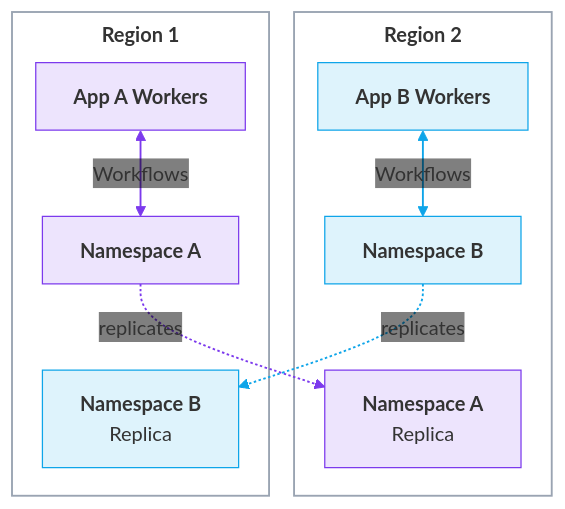
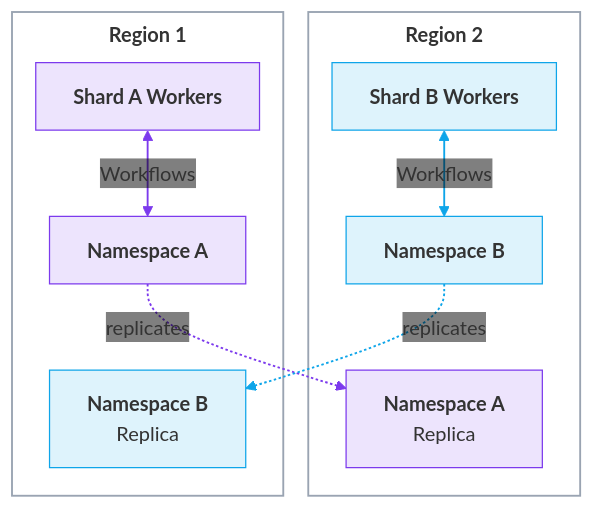
Before and after one commit to temporalio/documentation: diagram 21 of 23 in docs/cloud/high-availability/deployment-patterns.mdx, drawn with Mermaid. The commit also changed other lines of this file, not shown here.

````diff
--- a/docs/cloud/high-availability/deployment-patterns.mdx
+++ b/docs/cloud/high-availability/deployment-patterns.mdx
@@ -796,26 +800,26 @@
 ```mermaid
 %%{init: {'themeVariables':{'fontFamily':'Inter, ui-sans-serif, system-ui, sans-serif','edgeLabelBackground':'transparent'},'flowchart':{'nodeSpacing':18,'rankSpacing':45,'curve':'basis','subGraphTitleMargin':{'top':6,'bottom':12}}}}%%
 flowchart TD
     classDef appA fill:#7C3AED22,stroke:#7C3AED,stroke-width:1px;
     classDef appB fill:#0EA5E922,stroke:#0EA5E9,stroke-width:1px;
     classDef region fill:transparent,stroke:#9aa4b2,stroke-width:1.5px;
     subgraph DUNR2["<b>Region 2</b>"]
-      DUNWPB["<b>App B Workers</b>"]:::appB
+      DUNWPB["<b>Shard B Workers</b>"]:::appB
       DUNNBa["<b>Namespace B</b>"]:::appB
       DUNNAp["<b>Namespace A</b><br/>Replica"]:::appA
       DUNWPB <-->|Workflows| DUNNBa
     end
     subgraph DUNR1["<b>Region 1</b>"]
-      DUNWPA["<b>App A Workers</b>"]:::appA
+      DUNWPA["<b>Shard A Workers</b>"]:::appA
       DUNNAa["<b>Namespace A</b>"]:::appA
       DUNNBp["<b>Namespace B</b><br/>Replica"]:::appB
       DUNWPA <-->|Workflows| DUNNAa
     end
     DUNNAa -. replicates .-> DUNNAp
     DUNNBa -. replicates .-> DUNNBp
     linkStyle 0 stroke:#0EA5E9,stroke-width:1.5px
     linkStyle 1 stroke:#7C3AED,stroke-width:1.5px
     linkStyle 2 stroke:#7C3AED,stroke-width:1.5px
     linkStyle 3 stroke:#0EA5E9,stroke-width:1.5px
     class DUNR1,DUNR2 region
 ```
````
